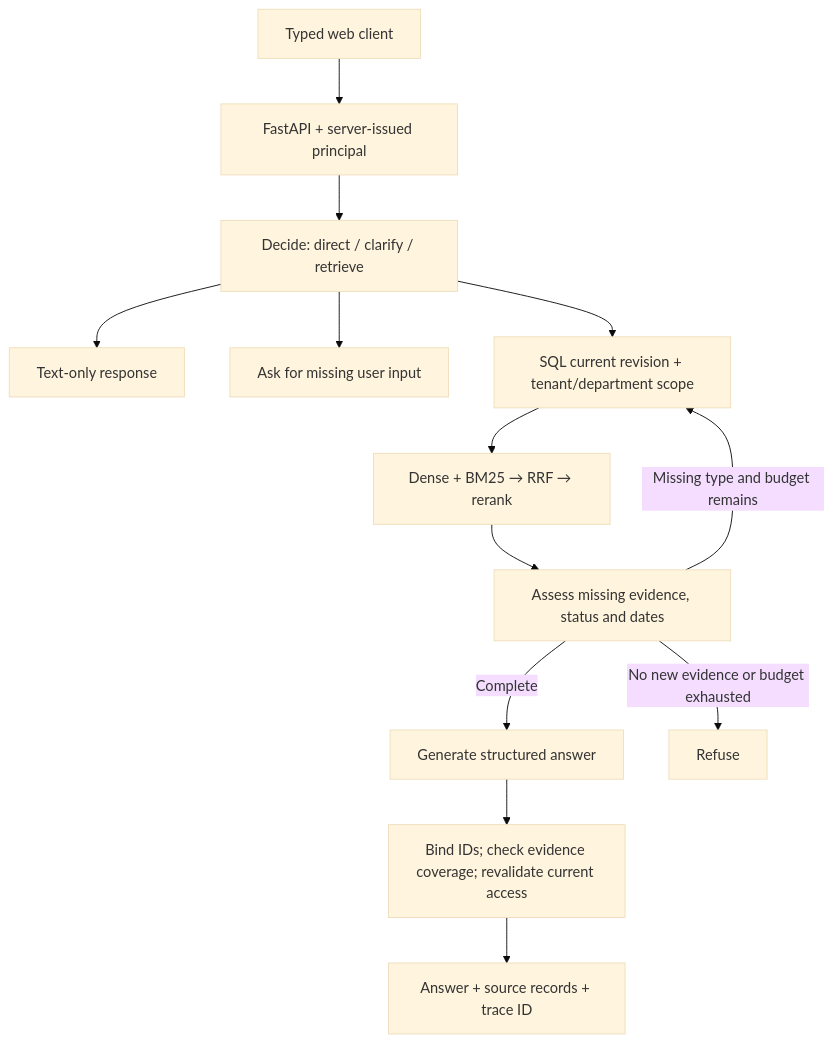
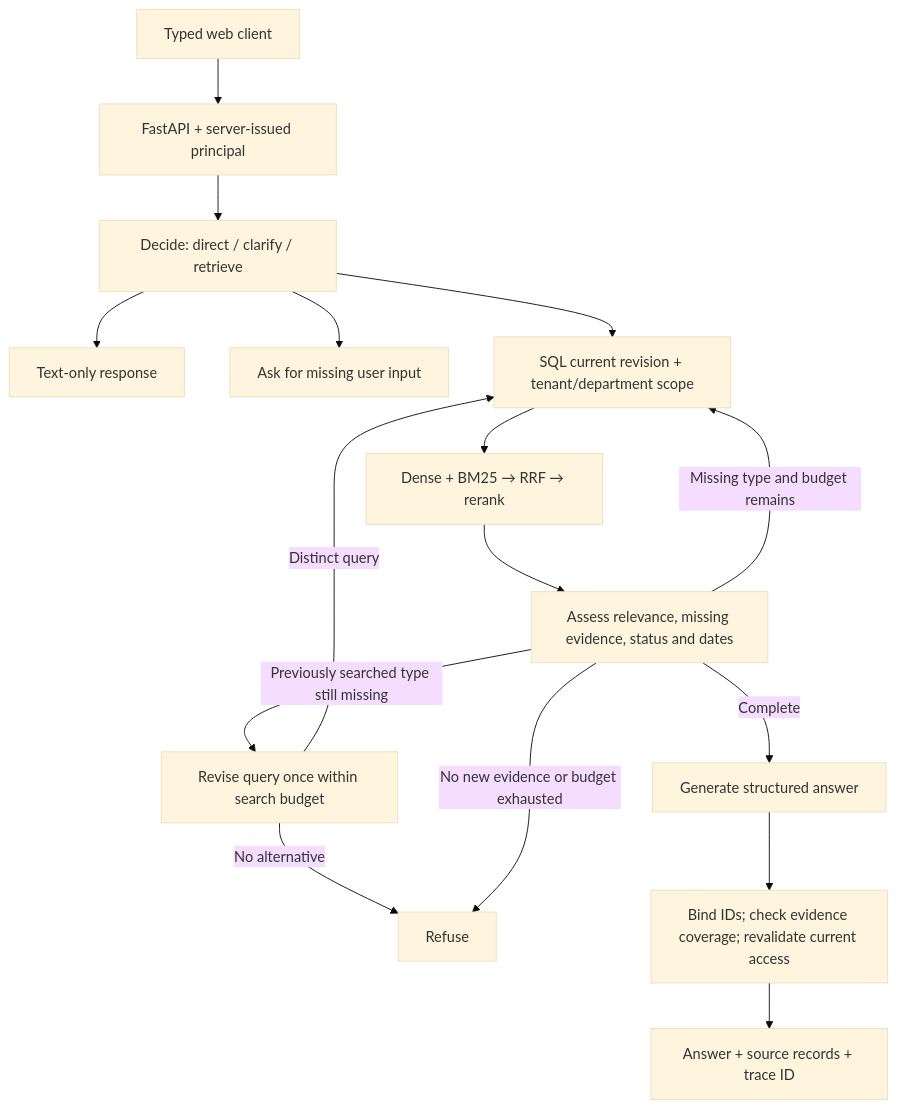
The diagram in docs/architecture.md (winhok/RAGOps-Studio), drawn with Mermaid (base theme) before and after one commit. The commit also changed other lines of this file and 8 other files, not shown here.

````diff
--- a/docs/architecture.md
+++ b/docs/architecture.md
@@ -5,15 +5,18 @@
 ```mermaid
 flowchart TD
     UI[Typed web client] --> API[FastAPI + server-issued principal]
     API --> Decide[Decide: direct / clarify / retrieve]
     Decide --> Direct[Text-only response]
     Decide --> Clarify[Ask for missing user input]
     Decide --> Scope[SQL current revision + tenant/department scope]
     Scope --> Retrieve[Dense + BM25 → RRF → rerank]
-    Retrieve --> Assess[Assess missing evidence, status and dates]
+    Retrieve --> Assess[Assess relevance, missing evidence, status and dates]
     Assess -->|Missing type and budget remains| Scope
+    Assess -->|Previously searched type still missing| Revise[Revise query once within search budget]
+    Revise -->|Distinct query| Scope
+    Revise -->|No alternative| Refuse
     Assess -->|Complete| Generate[Generate structured answer]
     Assess -->|No new evidence or budget exhausted| Refuse[Refuse]
     Generate --> Bind[Bind IDs; check evidence coverage; revalidate current access]
     Bind --> Result[Answer + source records + trace ID]
 ```
````
